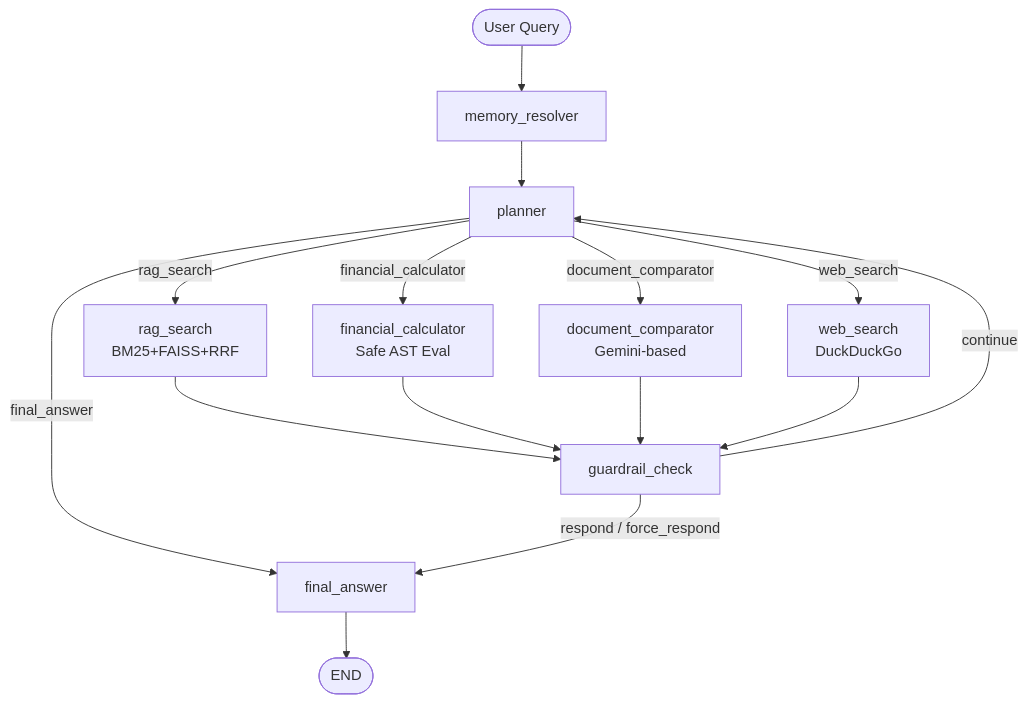
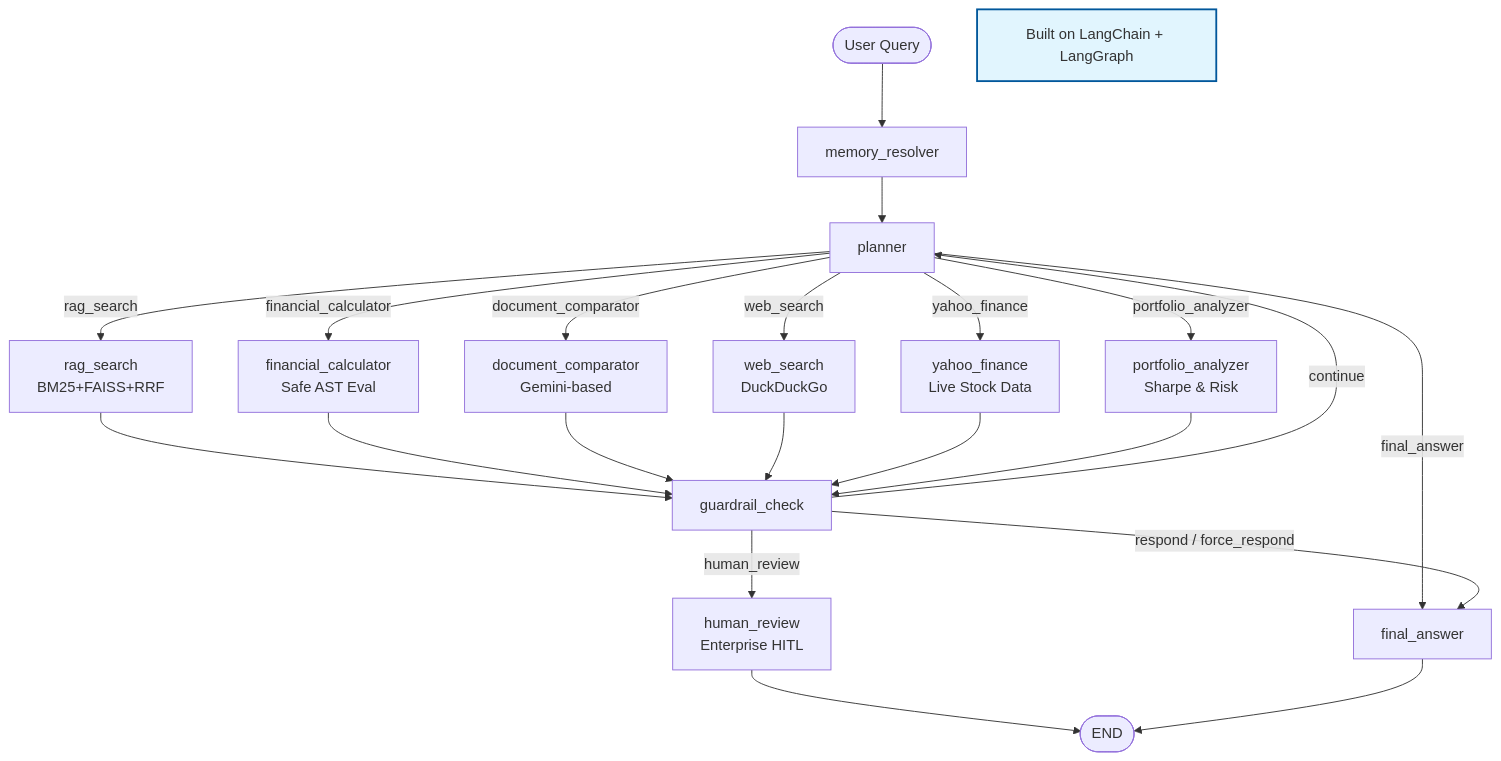
The diagram in README.md (Ajay-Kumar64/Agentic-Financial-Research-Assistant), drawn with Mermaid before and after one commit. The commit also changed other lines of this file and 1 other file, not shown here.

````diff
--- a/README.md
+++ b/README.md
@@ -7,17 +7,26 @@
 ```mermaid
 graph TD
     Start([User Query]) --> Memory[memory_resolver]
     Memory --> Planner[planner]
     Planner -->|rag_search| RAG[rag_search<br/>BM25+FAISS+RRF]
     Planner -->|financial_calculator| Calc[financial_calculator<br/>Safe AST Eval]
     Planner -->|document_comparator| Comp[document_comparator<br/>Gemini-based]
     Planner -->|web_search| Web[web_search<br/>DuckDuckGo]
+    Planner -->|yahoo_finance| YF[yahoo_finance<br/>Live Stock Data]
+    Planner -->|portfolio_analyzer| PA[portfolio_analyzer<br/>Sharpe & Risk]
     Planner -->|final_answer| Final[final_answer]
     RAG --> Guard[guardrail_check]
     Calc --> Guard
     Comp --> Guard
     Web --> Guard
+    YF --> Guard
+    PA --> Guard
     Guard -->|continue| Planner
     Guard -->|respond / force_respond| Final
-    Final --> End([END])
+    Guard -->|human_review| Human[human_review<br/>Enterprise HITL]
+    Human --> End([END])
+    Final --> End
+
+    Note["Built on LangChain + LangGraph"]
+    style Note fill:#e1f5fe,stroke:#01579b,stroke-width:2px
 ```
````
